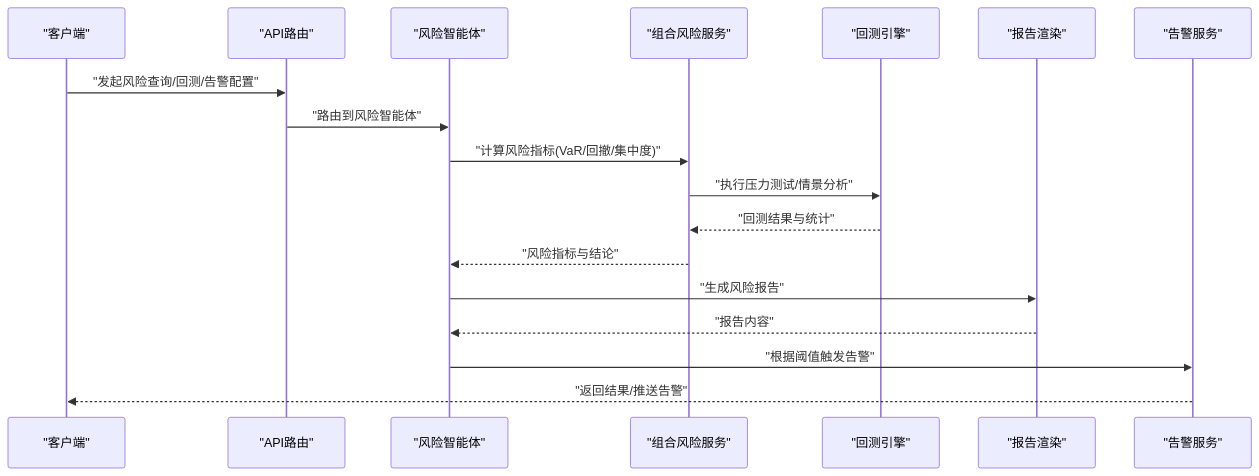
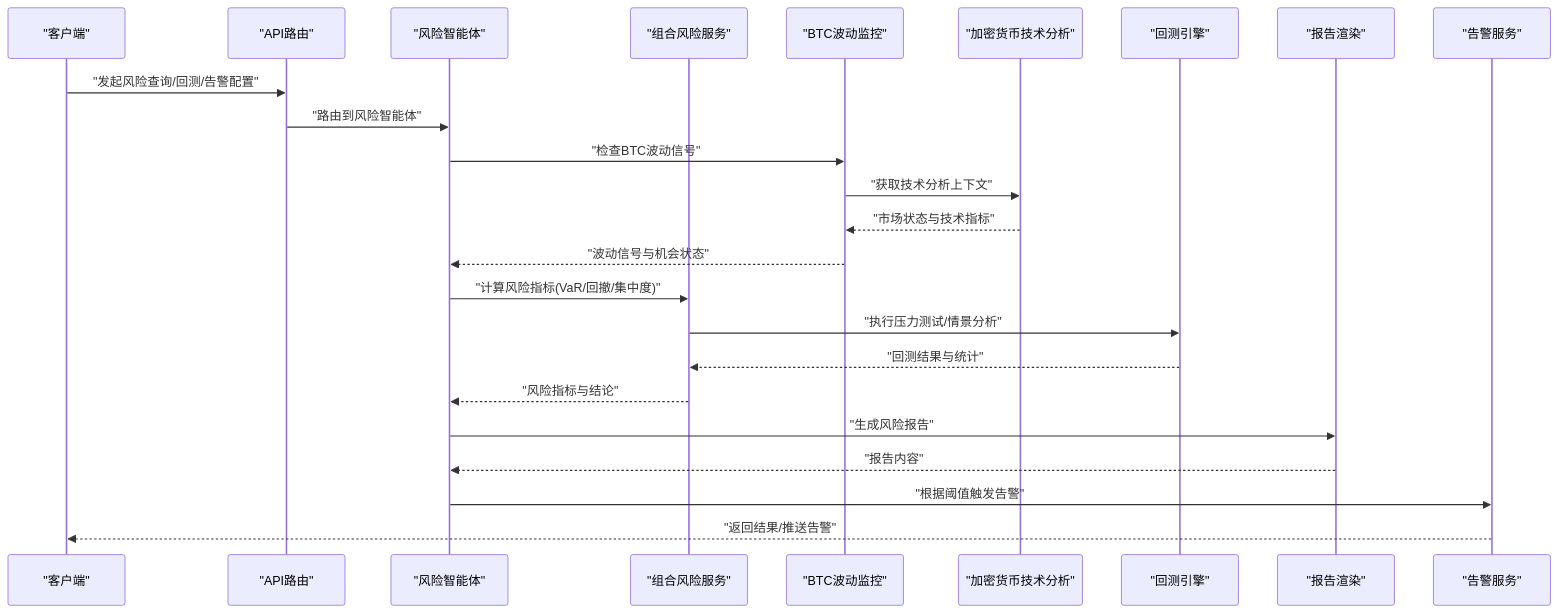
One commit to anYaoooo/daily_stock_analysis changed the second of 8 diagrams in .qoder/repowiki/zh/content/AI智能体系统/专业智能体/风险管理智能体.md. Above: the diagram before and after it, drawn with Mermaid. The commit also changed other lines of this file and 148 other files, not shown here.

````diff
--- a/.qoder/repowiki/zh/content/AI智能体系统/专业智能体/风险管理智能体.md
+++ b/.qoder/repowiki/zh/content/AI智能体系统/专业智能体/风险管理智能体.md
@@ -151,20 +173,26 @@
 ```mermaid
 sequenceDiagram
 participant Client as "客户端"
 participant API as "API路由"
 participant Agent as "风险智能体"
 participant Svc as "组合风险服务"
+participant VolMon as "BTC波动监控"
+participant CryptoTech as "加密货币技术分析"
 participant BT as "回测引擎"
 participant Rpt as "报告渲染"
 participant Alert as "告警服务"
 Client->>API : "发起风险查询/回测/告警配置"
 API->>Agent : "路由到风险智能体"
+Agent->>VolMon : "检查BTC波动信号"
+VolMon->>CryptoTech : "获取技术分析上下文"
+CryptoTech-->>VolMon : "市场状态与技术指标"
+VolMon-->>Agent : "波动信号与机会状态"
 Agent->>Svc : "计算风险指标(VaR/回撤/集中度)"
 Svc->>BT : "执行压力测试/情景分析"
 BT-->>Svc : "回测结果与统计"
 Svc-->>Agent : "风险指标与结论"
 Agent->>Rpt : "生成风险报告"
 Rpt-->>Agent : "报告内容"
 Agent->>Alert : "根据阈值触发告警"
 Alert-->>Client : "返回结果/推送告警"
 ```
````
